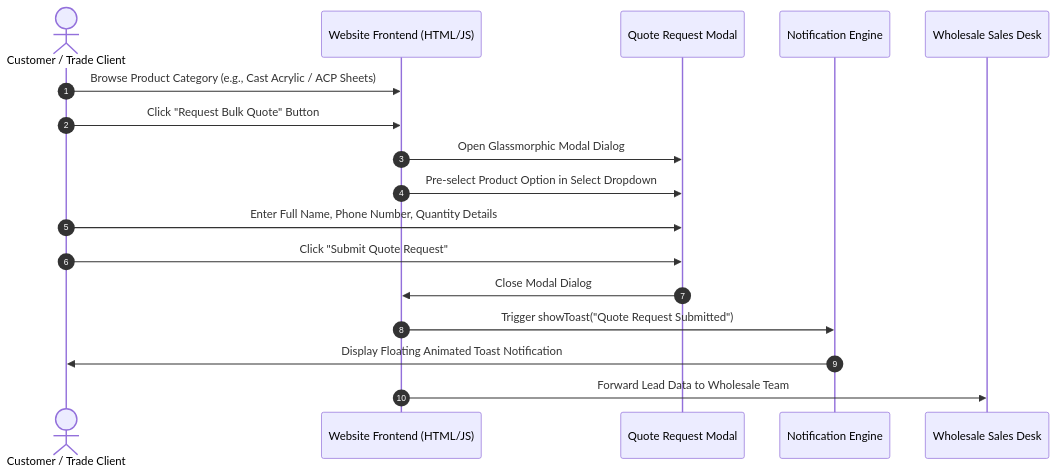
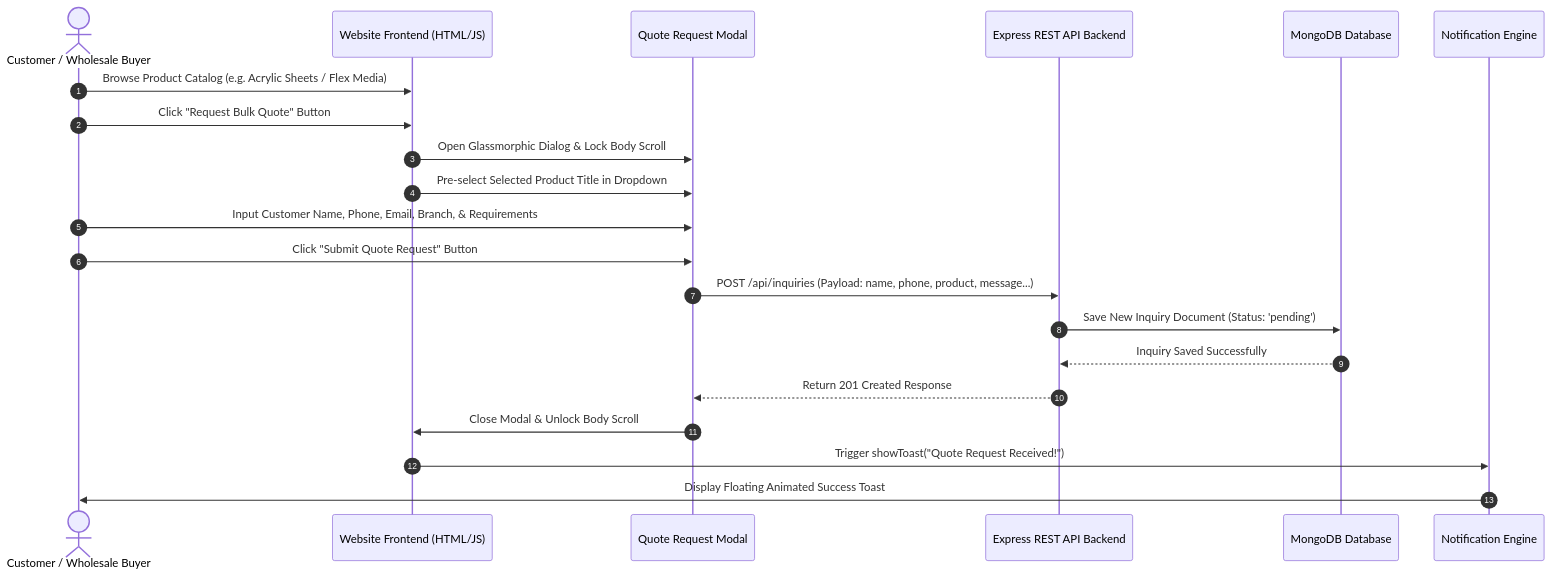
The third of 6 diagrams in FLOW.md (jainish09/southan_impex), drawn with Mermaid before and after one commit. The commit also changed other lines of this file and 13 other files, not shown here.

````diff
--- a/FLOW.md
+++ b/FLOW.md
@@ -71,20 +70,24 @@
 ```mermaid
 sequenceDiagram
     autonumber
-    actor Customer as Customer / Trade Client
+    actor Customer as Customer / Wholesale Buyer
     participant UI as Website Frontend (HTML/JS)
     participant Modal as Quote Request Modal
-    participant Engine as Notification Engine
-    participant Sales as Wholesale Sales Desk
+    participant API as Express REST API Backend
+    participant DB as MongoDB Database
+    participant Toast as Notification Engine
 
-    Customer->>UI: Browse Product Category (e.g., Cast Acrylic / ACP Sheets)
+    Customer->>UI: Browse Product Catalog (e.g. Acrylic Sheets / Flex Media)
     Customer->>UI: Click "Request Bulk Quote" Button
-    UI->>Modal: Open Glassmorphic Modal Dialog
-    UI->>Modal: Pre-select Product Option in Select Dropdown
-    Customer->>Modal: Enter Full Name, Phone Number, Quantity Details
-    Customer->>Modal: Click "Submit Quote Request"
-    Modal->>UI: Close Modal Dialog
-    UI->>Engine: Trigger showToast("Quote Request Submitted")
-    Engine->>Customer: Display Floating Animated Toast Notification
-    UI->>Sales: Forward Lead Data to Wholesale Team
+    UI->>Modal: Open Glassmorphic Dialog & Lock Body Scroll
+    UI->>Modal: Pre-select Selected Product Title in Dropdown
+    Customer->>Modal: Input Customer Name, Phone, Email, Branch, & Requirements
+    Customer->>Modal: Click "Submit Quote Request" Button
+    Modal->>API: POST /api/inquiries (Payload: name, phone, product, message...)
+    API->>DB: Save New Inquiry Document (Status: 'pending')
+    DB-->>API: Inquiry Saved Successfully
+    API-->>Modal: Return 201 Created Response
+    Modal->>UI: Close Modal & Unlock Body Scroll
+    UI->>Toast: Trigger showToast("Quote Request Received!")
+    Toast->>Customer: Display Floating Animated Success Toast
 ```
````
